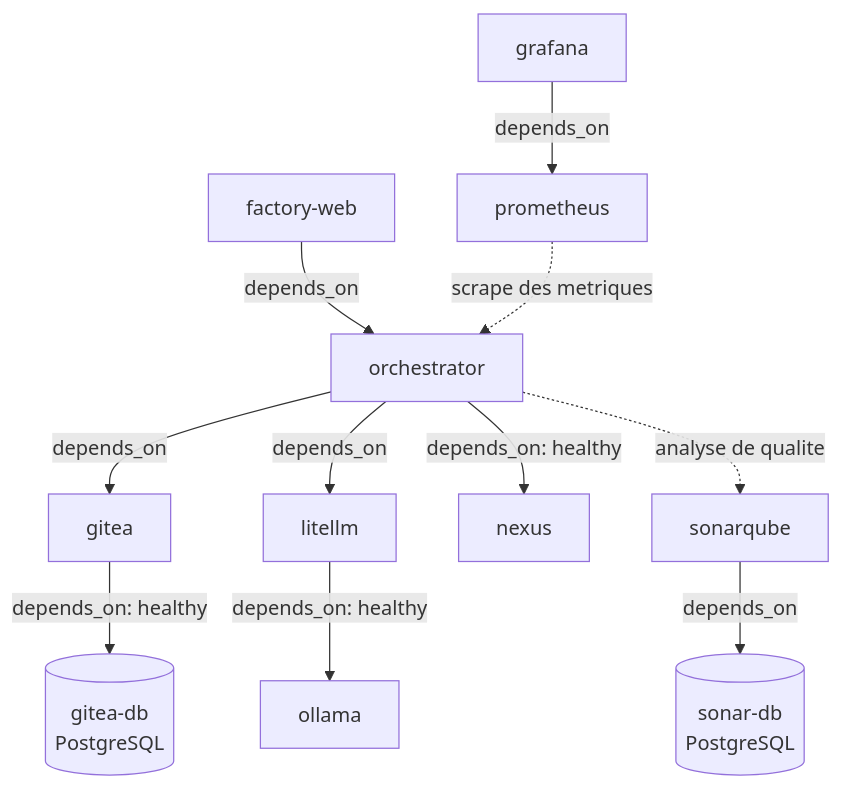
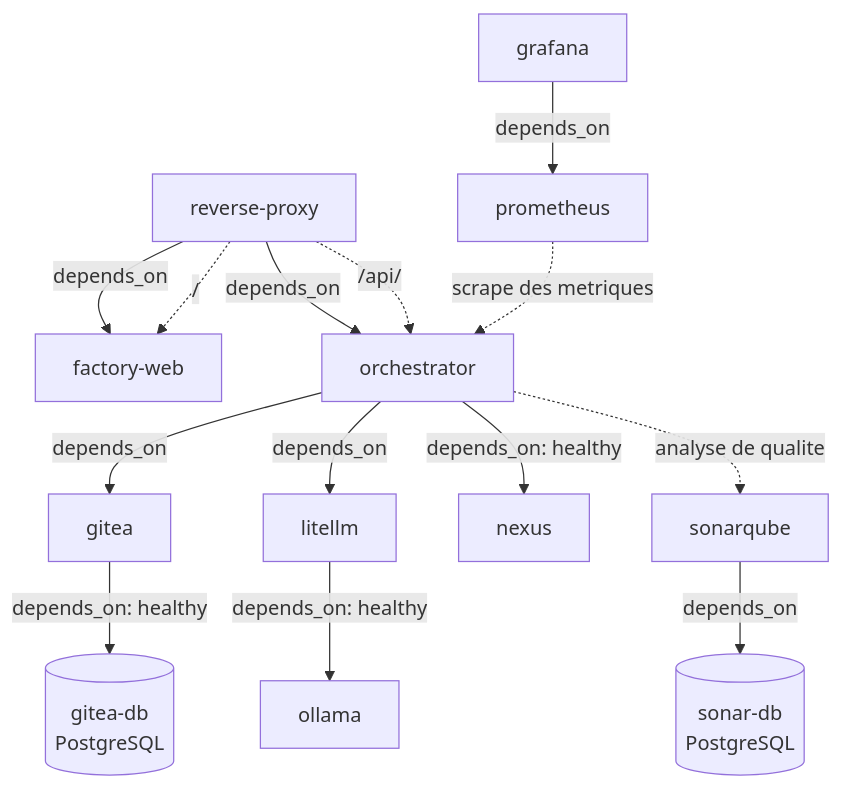
One commit to dbeaumont/ai-software-factory-local changed the second of 3 diagrams in docs/architecture.md. Above: the diagram before and after it, drawn with Mermaid. The commit also changed other lines of this file and 6 other files, not shown here.

Commit message:
feat: ajout reverse proxy

````diff
--- a/docs/architecture.md
+++ b/docs/architecture.md
@@ -58,16 +60,19 @@
 ```mermaid
 flowchart TB
-  WEB[factory-web] -->|depends_on| ORCH[orchestrator]
+  PROXY[reverse-proxy] -->|depends_on| WEB[factory-web]
+  PROXY -->|depends_on| ORCH[orchestrator]
 
   ORCH -->|depends_on| GITEA[gitea]
   GITEA -->|depends_on: healthy| GITEA_DB[(gitea-db<br/>PostgreSQL)]
   ORCH -->|depends_on| LITELLM[litellm]
   LITELLM -->|depends_on: healthy| OLLAMA[ollama]
   ORCH -->|depends_on: healthy| NEXUS[nexus]
 
   SONAR[sonarqube] -->|depends_on| SONAR_DB[(sonar-db<br/>PostgreSQL)]
   GRAFANA[grafana] -->|depends_on| PROM[prometheus]
 
+  PROXY -.->|/api/| ORCH
+  PROXY -.->|/| WEB
   ORCH -.->|analyse de qualite| SONAR
   PROM -.->|scrape des metriques| ORCH
 ```
````
